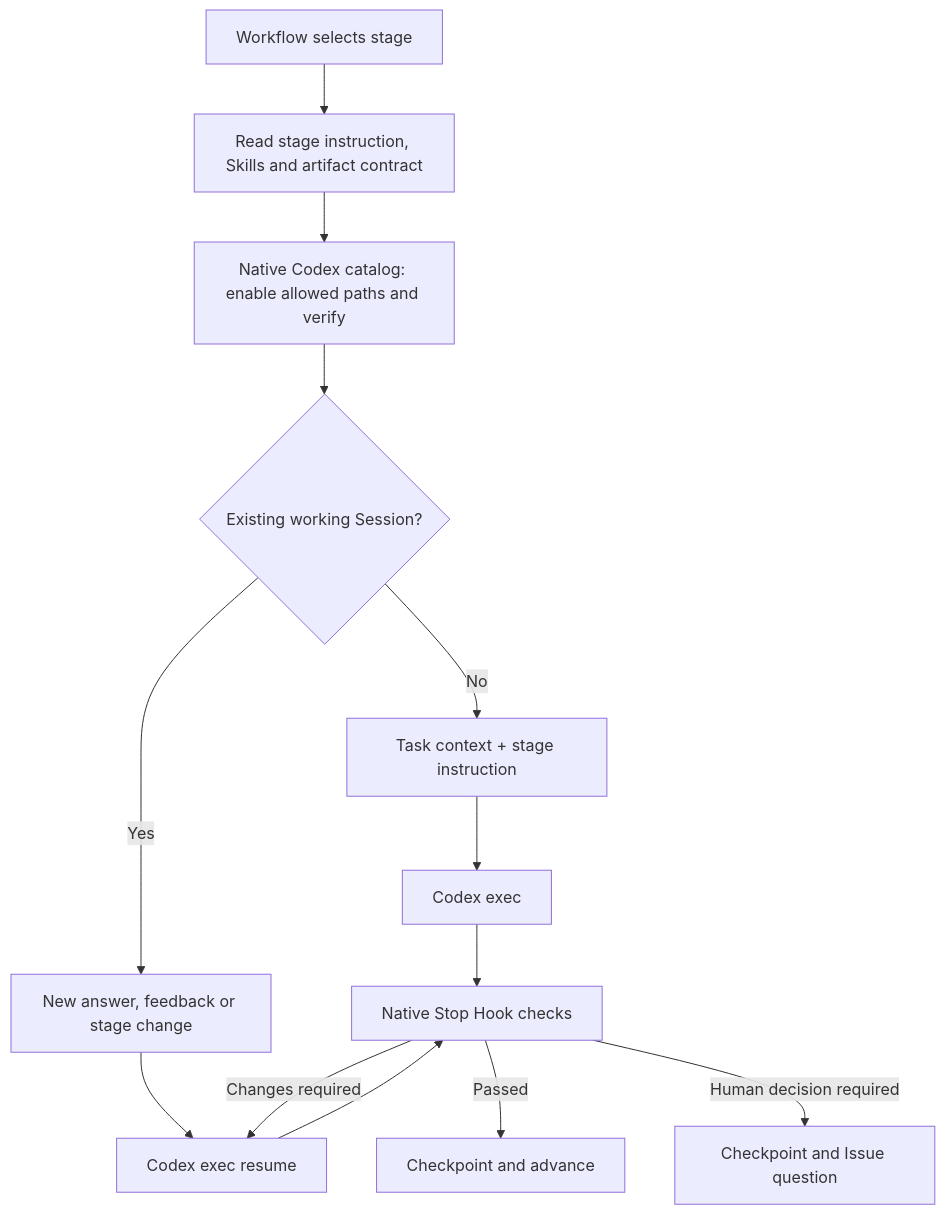
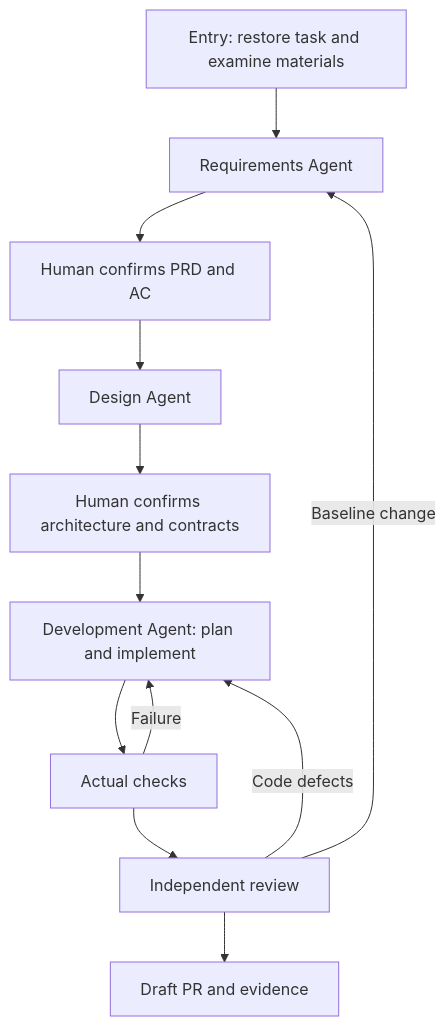
The diagram in docs/agent-stage-execution.md (big91987/he_skeleton), drawn with Mermaid before and after one commit. The commit also changed other lines of this file and 14 other files, not shown here.

Commit message:
Expose three development stages with version-bound human approvals

````diff
--- a/docs/agent-stage-execution.md
+++ b/docs/agent-stage-execution.md
@@ -5,15 +3,14 @@
 ```mermaid
 flowchart TD
-    W[Workflow selects stage] --> C[Read stage instruction, Skills and artifact contract]
-    C --> N[Native Codex catalog: enable allowed paths and verify]
-    N --> S{Existing working Session?}
-    S -->|No| F[Task context + stage instruction]
-    S -->|Yes| D[New answer, feedback or stage change]
-    F --> A[Codex exec]
-    D --> A2[Codex exec resume]
-    A --> H[Native Stop Hook checks]
-    A2 --> H
-    H -->|Changes required| A2
-    H -->|Passed| P[Checkpoint and advance]
-    H -->|Human decision required| U[Checkpoint and Issue question]
+    E[Entry: restore task and examine materials] --> R[Requirements Agent]
+    R --> RH[Human confirms PRD and AC]
+    RH --> D[Design Agent]
+    D --> DH[Human confirms architecture and contracts]
+    DH --> C[Development Agent: plan and implement]
+    C --> T[Actual checks]
+    T -->|Failure| C
+    T --> V[Independent review]
+    V -->|Code defects| C
+    V -->|Baseline change| R
+    V --> P[Draft PR and evidence]
 ```
````
